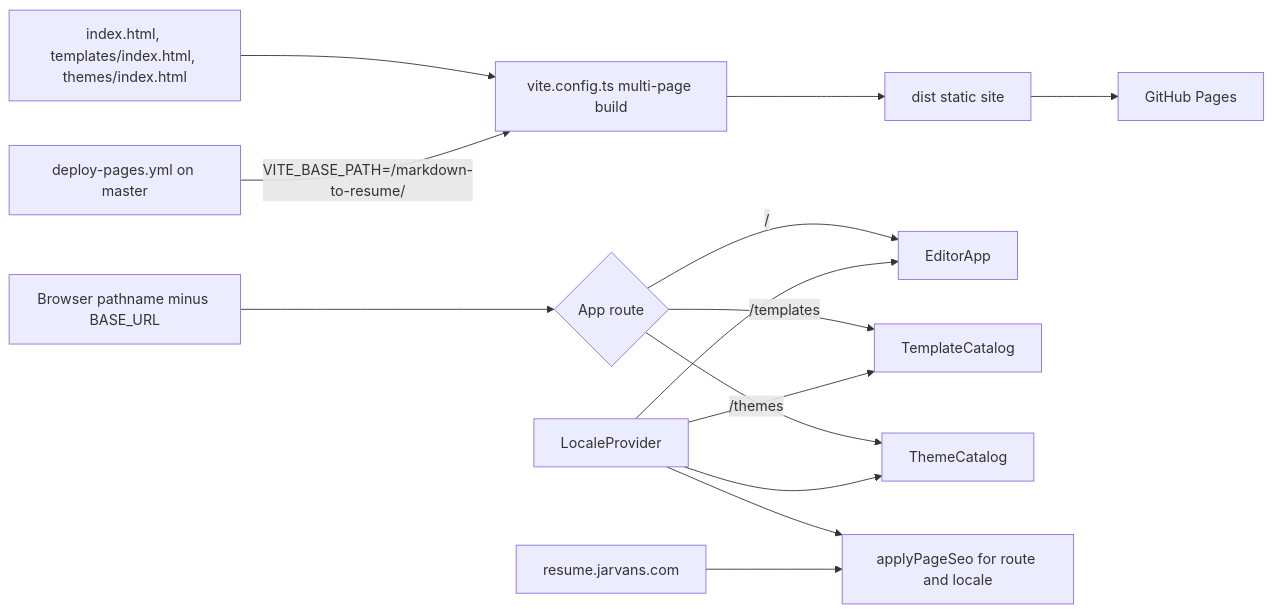
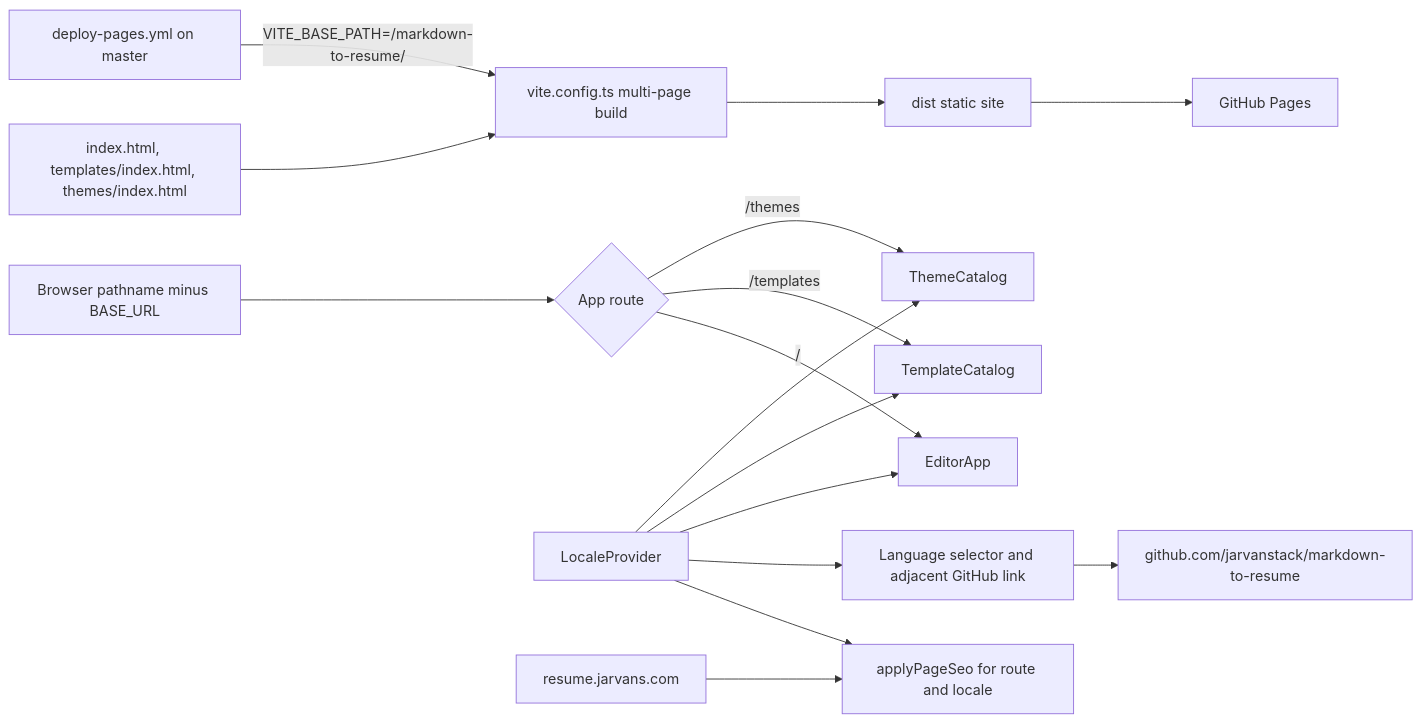
One commit to jarvanstack/markdown-to-resume changed the seventh of 7 diagrams in docs/knowledge-graph.md. Above: the diagram before and after it, drawn with Mermaid. The commit also changed other lines of this file and 7 other files, not shown here.

Commit message:
Add shared GitHub repository links to header actions

````diff
--- a/docs/knowledge-graph.md
+++ b/docs/knowledge-graph.md
@@ -171,16 +176,18 @@
 ```mermaid
 flowchart LR
     Inputs["index.html, templates/index.html, themes/index.html"] --> Vite["vite.config.ts multi-page build"]
     Vite --> Dist["dist static site"]
     Workflow["deploy-pages.yml on master"] -->|"VITE_BASE_PATH=/markdown-to-resume/"| Vite
     Dist --> Pages["GitHub Pages"]
     Path["Browser pathname minus BASE_URL"] --> Route{"App route"}
     Route -->|"/"| Workspace["EditorApp"]
     Route -->|"/templates"| TemplateCatalog["TemplateCatalog"]
     Route -->|"/themes"| ThemeCatalog["ThemeCatalog"]
     Locale["LocaleProvider"] --> Seo["applyPageSeo for route and locale"]
+    Locale --> HeaderActions["Language selector and adjacent GitHub link"]
+    HeaderActions --> GitHubRepo["github.com/jarvanstack/markdown-to-resume"]
     Origin["resume.jarvans.com"] --> Seo
     Locale --> Workspace
     Locale --> TemplateCatalog
     Locale --> ThemeCatalog
 ```
````
